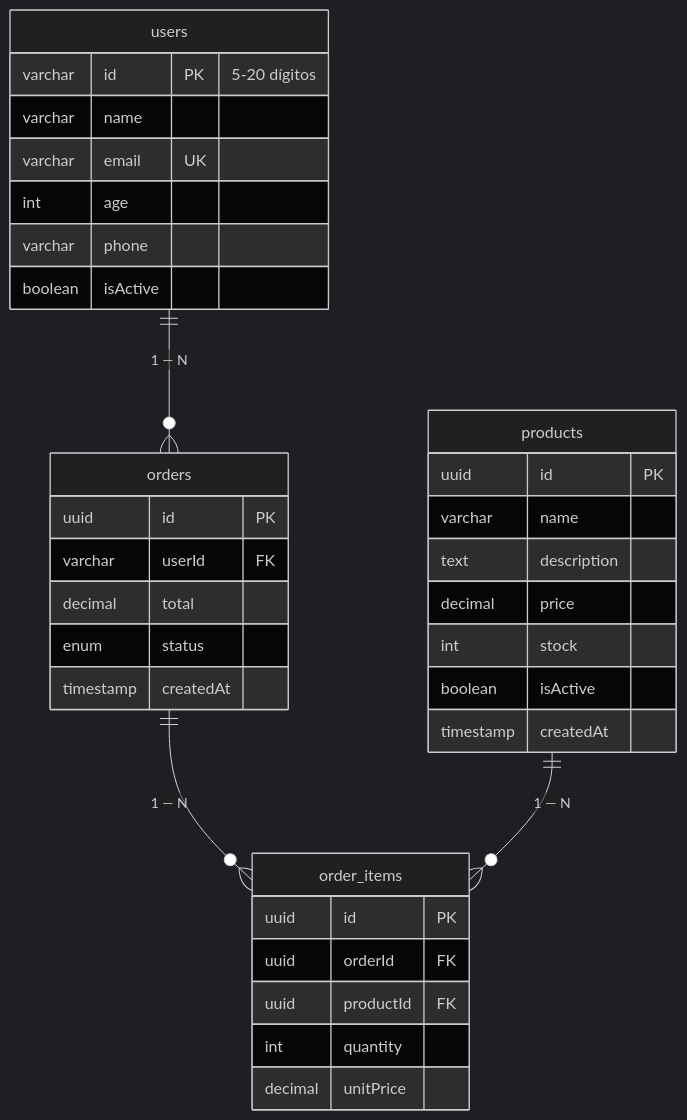
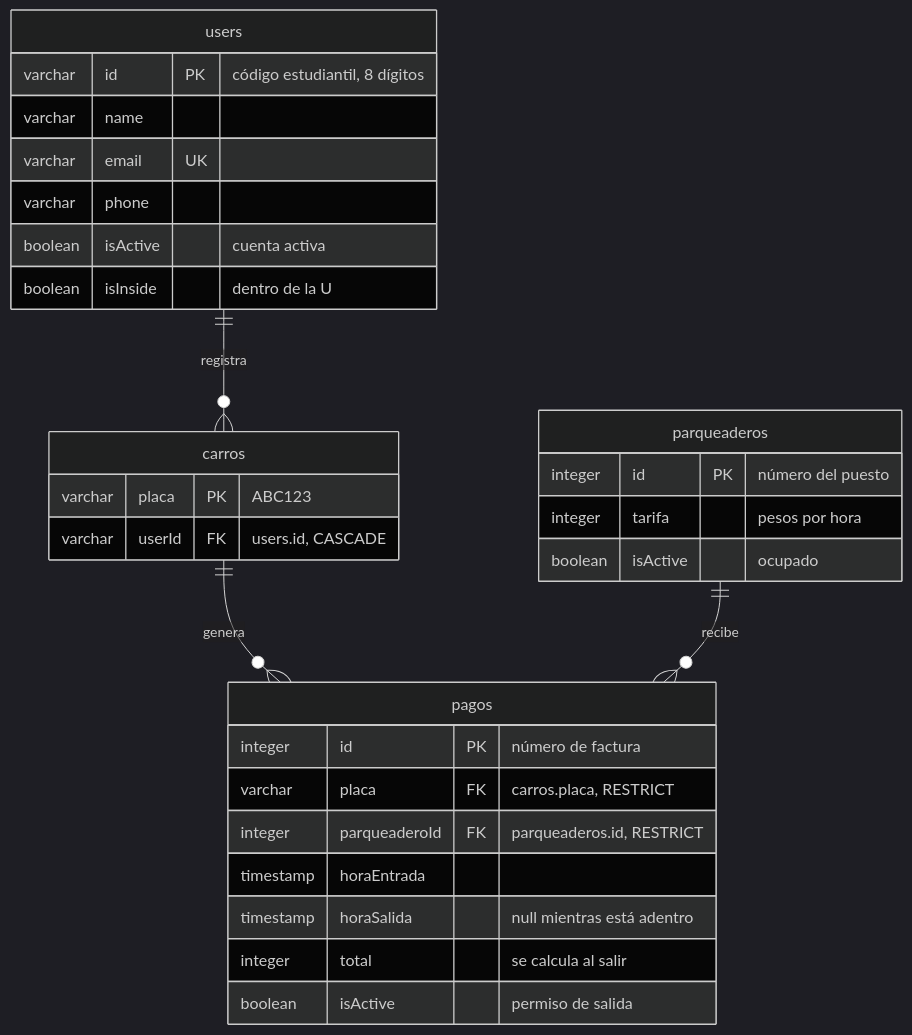
Before and after one commit to mateorivera2410/Jave-Parking: the diagram in README.md, drawn with Mermaid (dark theme). The commit also changed other lines of this file, not shown here.

````diff
--- a/README.md
+++ b/README.md
@@ -67,37 +32,33 @@
 ```mermaid
 erDiagram
-    users ||--o{ orders : "1 — N"
-    orders ||--o{ order_items : "1 — N"
-    products ||--o{ order_items : "1 — N"
-    users {
-        varchar id PK "5-20 dígitos"
-        varchar name
-        varchar email UK
-        int age
-        varchar phone
-        boolean isActive
-    }
-    products {
-        uuid id PK
-        varchar name
-        text description
-        decimal price
-        int stock
-        boolean isActive
-        timestamp createdAt
-    }
-    orders {
-        uuid id PK
-        varchar userId FK
-        decimal total
-        enum status
-        timestamp createdAt
-    }
-    order_items {
-        uuid id PK
-        uuid orderId FK
-        uuid productId FK
-        int quantity
-        decimal unitPrice
-    }
+  users ||--o{ carros : registra
+  carros ||--o{ pagos : genera
+  parqueaderos ||--o{ pagos : recibe
+
+  users {
+    varchar id PK "código estudiantil, 8 dígitos"
+    varchar name
+    varchar email UK
+    varchar phone
+    boolean isActive "cuenta activa"
+    boolean isInside "dentro de la U"
+  }
+  carros {
+    varchar placa PK "ABC123"
+    varchar userId FK "users.id, CASCADE"
+  }
+  parqueaderos {
+    integer id PK "número del puesto"
+    integer tarifa "pesos por hora"
+    boolean isActive "ocupado"
+  }
+  pagos {
+    integer id PK "número de factura"
+    varchar placa FK "carros.placa, RESTRICT"
+    integer parqueaderoId FK "parqueaderos.id, RESTRICT"
+    timestamp horaEntrada
+    timestamp horaSalida "null mientras está adentro"
+    integer total "se calcula al salir"
+    boolean isActive "permiso de salida"
+  }
 ```
````
